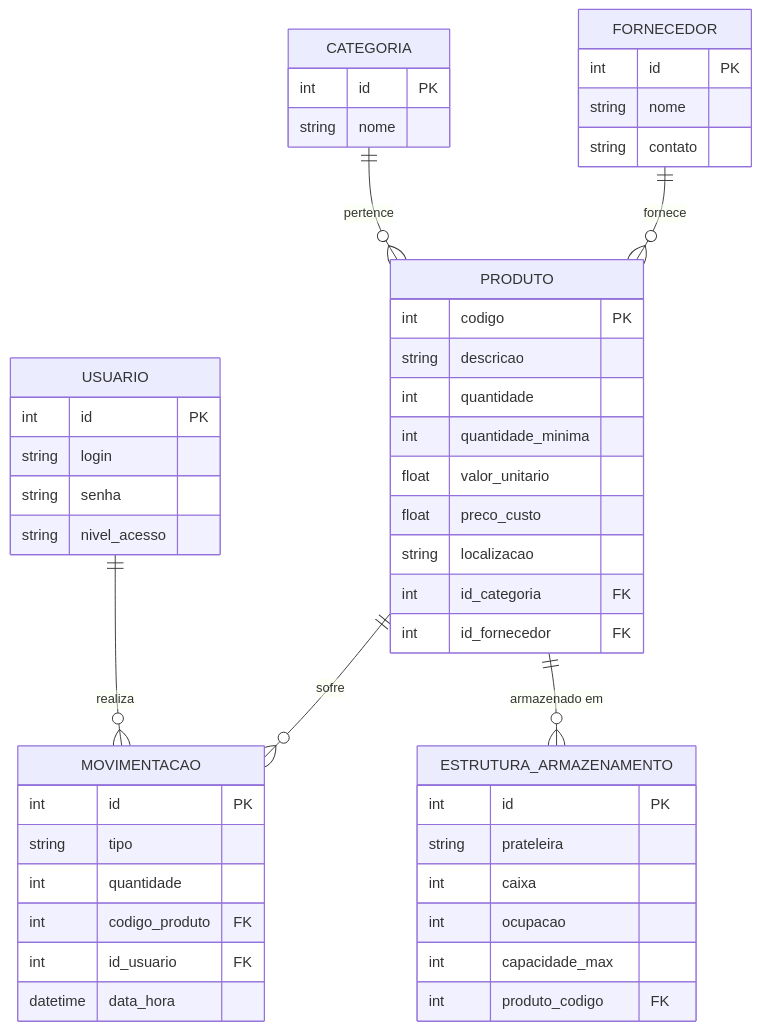
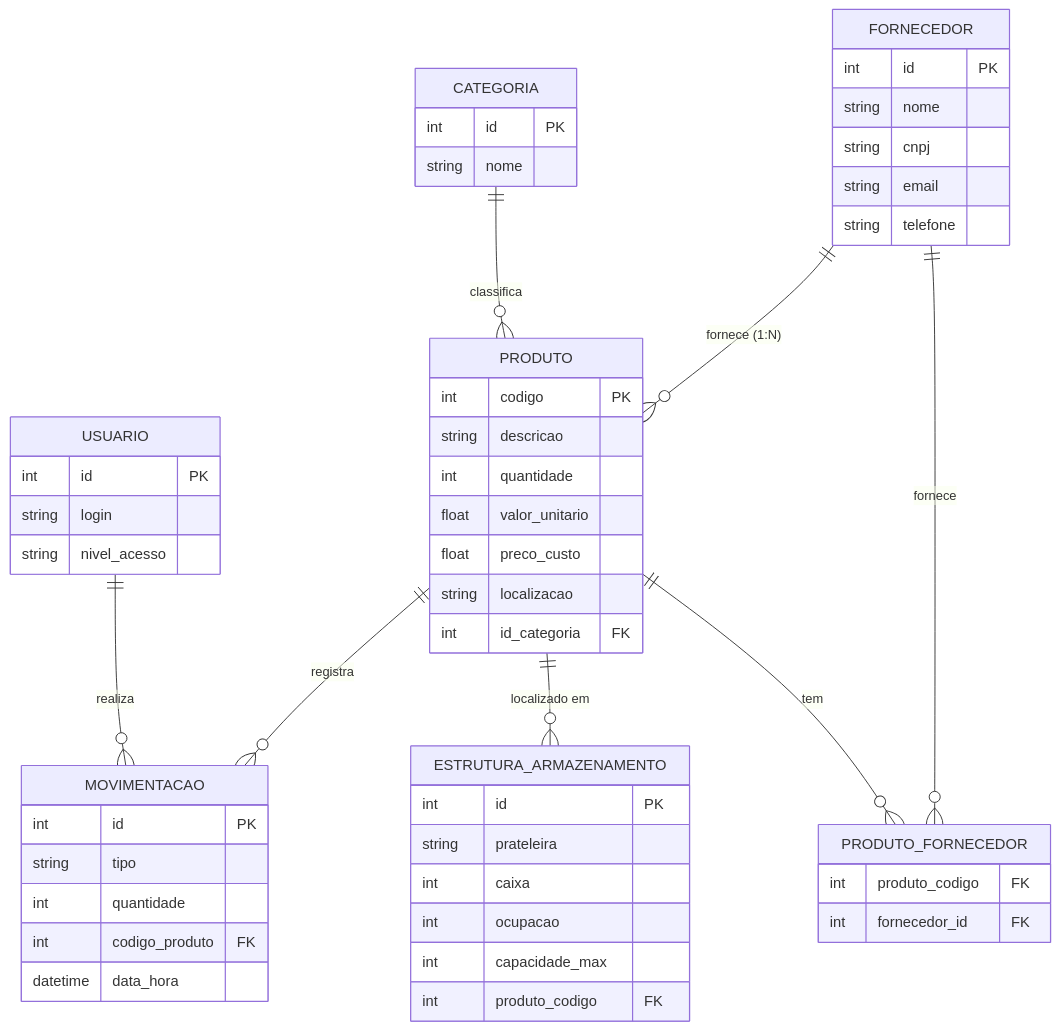
The diagram in MER_Diagrama.md (plfrancisco/Controle-De-Estoque-), drawn with Mermaid before and after one commit. The commit also changed other lines of this file and 34 other files, not shown here.

````diff
--- a/MER_Diagrama.md
+++ b/MER_Diagrama.md
@@ -3,56 +37,61 @@
 ```mermaid
 erDiagram
     USUARIO ||--o{ MOVIMENTACAO : "realiza"
-    CATEGORIA ||--o{ PRODUTO : "pertence"
-    FORNECEDOR ||--o{ PRODUTO : "fornece"
-    PRODUTO ||--o{ MOVIMENTACAO : "sofre"
-    PRODUTO ||--o{ ESTRUTURA_ARMAZENAMENTO : "armazenado em"
+    CATEGORIA ||--o{ PRODUTO : "classifica"
+    FORNECEDOR ||--o{ PRODUTO : "fornece (1:N)"
+    PRODUTO ||--o{ MOVIMENTACAO : "registra"
+    PRODUTO ||--o{ ESTRUTURA_ARMAZENAMENTO : "localizado em"
+    PRODUTO ||--o{ PRODUTO_FORNECEDOR : "tem"
+    FORNECEDOR ||--o{ PRODUTO_FORNECEDOR : "fornece"
 
     USUARIO {
         int id PK
         string login
-        string senha
         string nivel_acesso
     }
 
     CATEGORIA {
         int id PK
         string nome
     }
 
     FORNECEDOR {
         int id PK
         string nome
-        string contato
+        string cnpj
+        string email
+        string telefone
     }
 
     PRODUTO {
         int codigo PK
         string descricao
         int quantidade
-        int quantidade_minima
         float valor_unitario
         float preco_custo
         string localizacao
         int id_categoria FK
-        int id_fornecedor FK
-    }
-
-    MOVIMENTACAO {
-        int id PK
-        string tipo
-        int quantidade
-        int codigo_produto FK
-        int id_usuario FK
-        datetime data_hora
     }
 
     ESTRUTURA_ARMAZENAMENTO {
         int id PK
         string prateleira
         int caixa
         int ocupacao
         int capacidade_max
         int produto_codigo FK
     }
+
+    MOVIMENTACAO {
+        int id PK
+        string tipo
+        int quantidade
+        int codigo_produto FK
+        datetime data_hora
+    }
+
+    PRODUTO_FORNECEDOR {
+        int produto_codigo FK
+        int fornecedor_id FK
+    }
 ```
````
